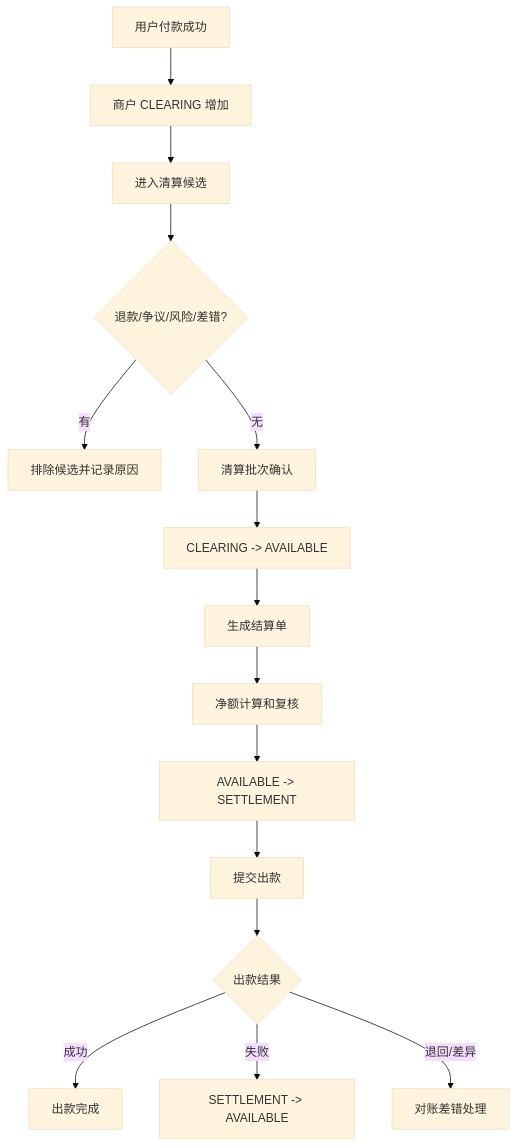
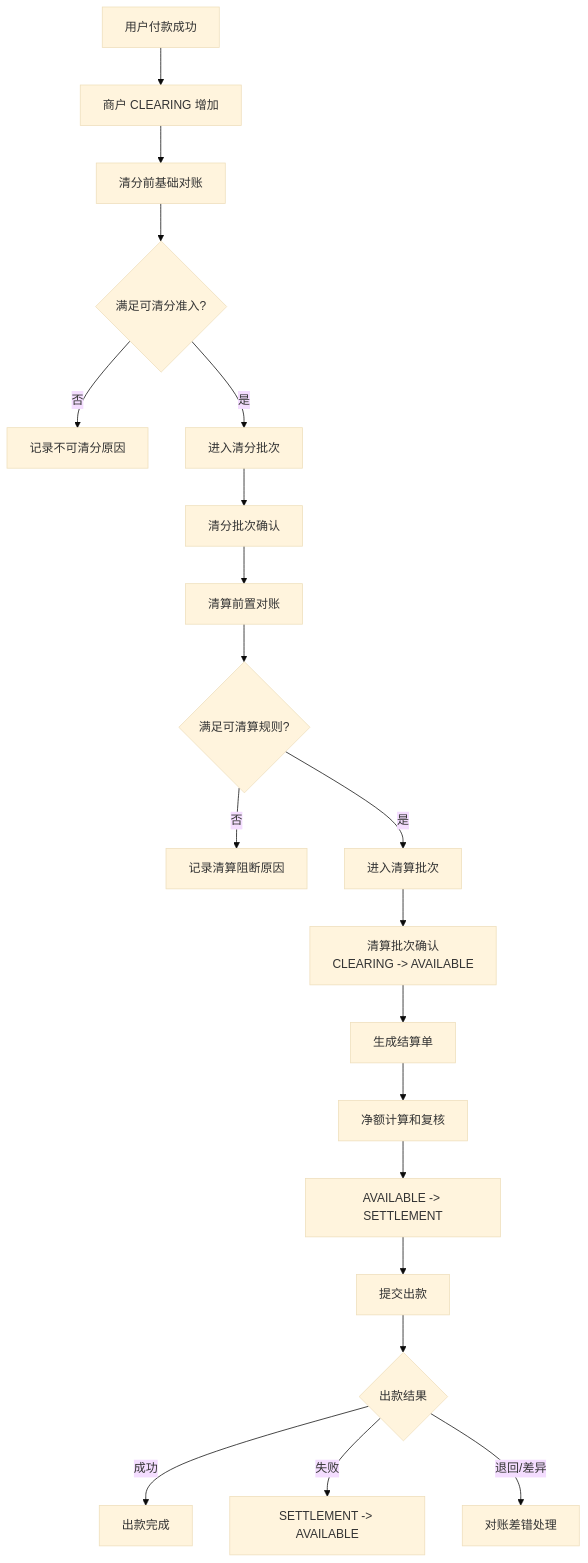
The tenth of 13 diagrams in docs/产品设计/03-清结算与对账.md (fengwuxp/wind-funds), drawn with Mermaid (base theme) before and after one commit. The commit also changed other lines of this file and 16 other files, not shown here.

````diff
--- a/docs/产品设计/03-清结算与对账.md
+++ b/docs/产品设计/03-清结算与对账.md
@@ -307,17 +711,22 @@
 ```mermaid
 flowchart TD
     A["用户付款成功"] --> B["商户 CLEARING 增加"]
-    B --> C["进入清算候选"]
-    C --> D{"退款/争议/风险/差错?"}
-    D -- "有" --> E["排除候选并记录原因"]
-    D -- "无" --> F["清算批次确认"]
-    F --> G["CLEARING -> AVAILABLE"]
-    G --> H["生成结算单"]
-    H --> I["净额计算和复核"]
-    I --> J["AVAILABLE -> SETTLEMENT"]
-    J --> K["提交出款"]
-    K --> L{"出款结果"}
-    L -- "成功" --> M["出款完成"]
-    L -- "失败" --> N["SETTLEMENT -> AVAILABLE"]
-    L -- "退回/差异" --> O["对账差错处理"]
+    B --> C["清分前基础对账"]
+    C --> D{"满足可清分准入?"}
+    D -- "否" --> E["记录不可清分原因"]
+    D -- "是" --> F["进入清分批次"]
+    F --> G["清分批次确认"]
+    G --> H["清算前置对账"]
+    H --> I{"满足可清算规则?"}
+    I -- "否" --> J["记录清算阻断原因"]
+    I -- "是" --> K["进入清算批次"]
+    K --> L["清算批次确认\nCLEARING -> AVAILABLE"]
+    L --> M["生成结算单"]
+    M --> N["净额计算和复核"]
+    N --> O["AVAILABLE -> SETTLEMENT"]
+    O --> P["提交出款"]
+    P --> Q{"出款结果"}
+    Q -- "成功" --> R["出款完成"]
+    Q -- "失败" --> S["SETTLEMENT -> AVAILABLE"]
+    Q -- "退回/差异" --> T["对账差错处理"]
 ```
````
